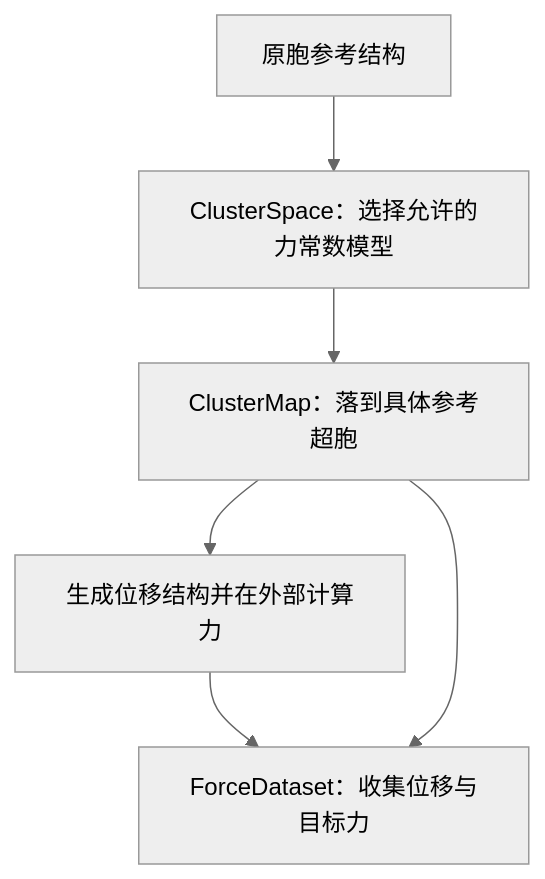
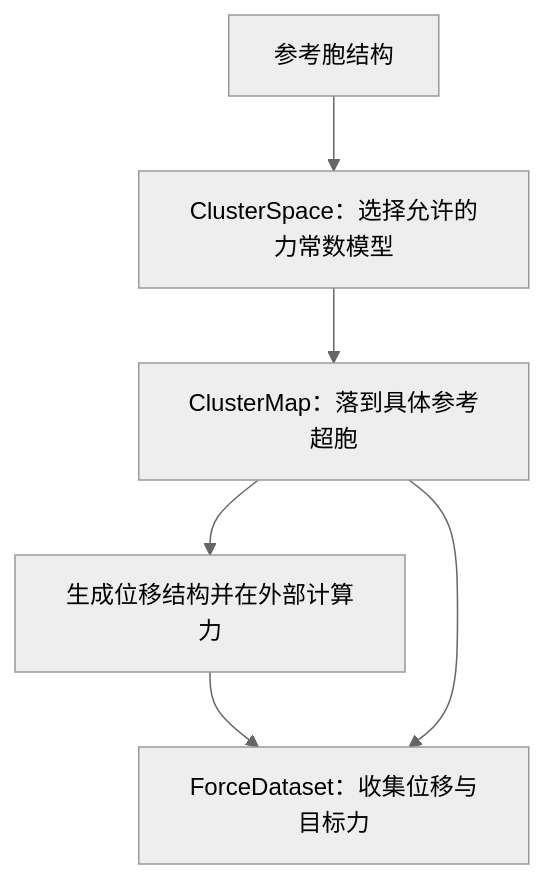
Before and after one commit to gtiders/mlfcs: the diagram in docs/core-concepts.md, drawn with Mermaid (neutral theme). The commit also changed other lines of this file and 74 other files, not shown here.

````diff
--- a/docs/core-concepts.md
+++ b/docs/core-concepts.md
@@ -7,8 +7,8 @@
 ```mermaid
 flowchart TD
-    A[原胞参考结构] --> B[ClusterSpace：选择允许的力常数模型]
+    A[参考胞结构] --> B[ClusterSpace：选择允许的力常数模型]
     B --> C[ClusterMap：落到具体参考超胞]
     C --> D[生成位移结构并在外部计算力]
     D --> E[ForceDataset：收集位移与目标力]
     C --> E
 ```
````
